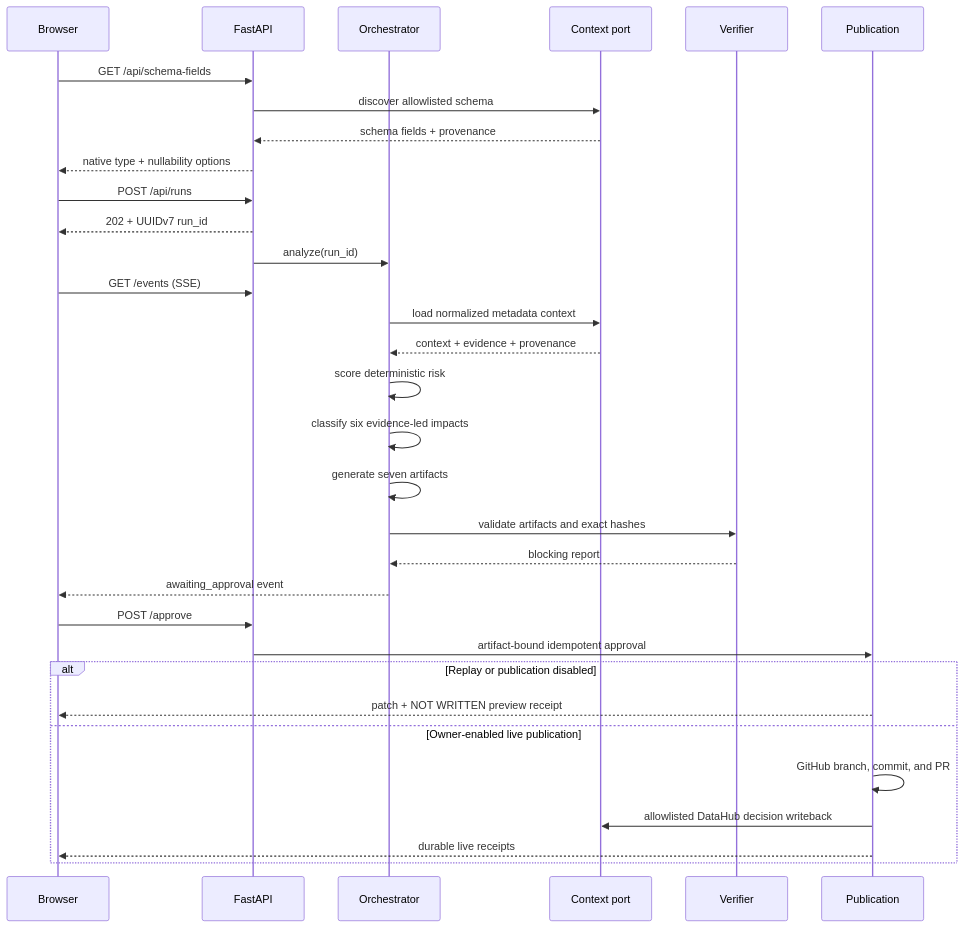
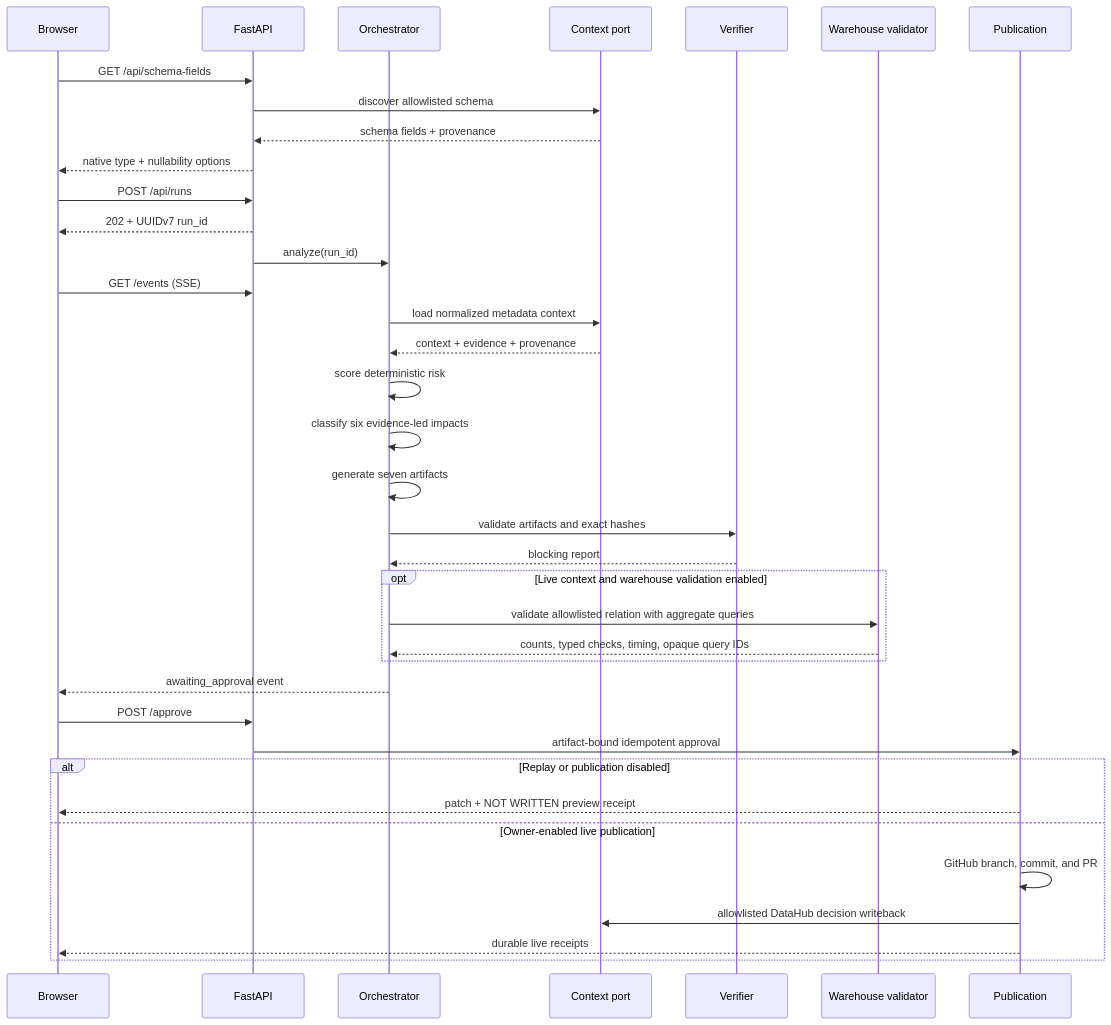
One commit to marker2601/changesafe changed the second of 3 diagrams in docs/architecture.md. Above: the diagram before and after it, drawn with Mermaid. The commit also changed other lines of this file and 14 other files, not shown here.

Commit message:
docs: prove competition live validation

````diff
--- a/docs/architecture.md
+++ b/docs/architecture.md
@@ -27,35 +28,40 @@
 ```mermaid
 sequenceDiagram
     participant UI as Browser
     participant API as FastAPI
     participant O as Orchestrator
     participant C as Context port
     participant V as Verifier
+    participant WH as Warehouse validator
     participant P as Publication
 
     UI->>API: GET /api/schema-fields
     API->>C: discover allowlisted schema
     C-->>API: schema fields + provenance
     API-->>UI: native type + nullability options
     UI->>API: POST /api/runs
     API-->>UI: 202 + UUIDv7 run_id
     API->>O: analyze(run_id)
     UI->>API: GET /events (SSE)
     O->>C: load normalized metadata context
     C-->>O: context + evidence + provenance
     O->>O: score deterministic risk
     O->>O: classify six evidence-led impacts
     O->>O: generate seven artifacts
     O->>V: validate artifacts and exact hashes
     V-->>O: blocking report
+    opt Live context and warehouse validation enabled
+        O->>WH: validate allowlisted relation with aggregate queries
+        WH-->>O: counts, typed checks, timing, opaque query IDs
+    end
     O-->>UI: awaiting_approval event
     UI->>API: POST /approve
     API->>P: artifact-bound idempotent approval
     alt Replay or publication disabled
         P-->>UI: patch + NOT WRITTEN preview receipt
     else Owner-enabled live publication
         P->>P: GitHub branch, commit, and PR
         P->>C: allowlisted DataHub decision writeback
         P-->>UI: durable live receipts
     end
 ```
````
